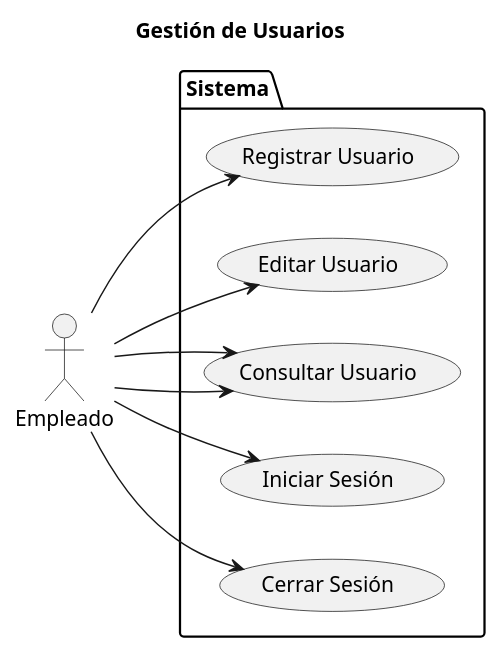
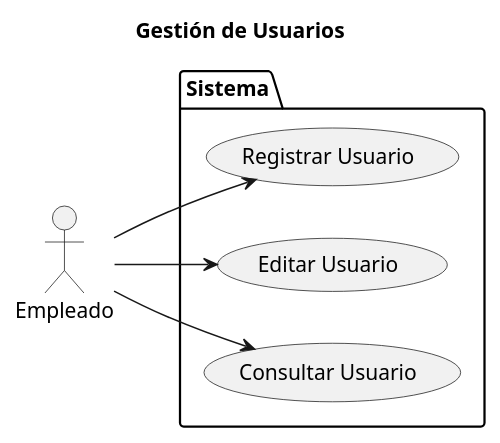
Before and after one commit to marcelolezcanodev/GarageGuru: the diagram in Diagramas/caso_de_uso_Usuario.plantuml, drawn with PlantUML. The commit also changed 5 other files, not shown here.

Commit message:
Modificaciones en la logica de algunos diagramas

```diff
--- a/Diagramas/caso_de_uso_Usuario.plantuml
+++ b/Diagramas/caso_de_uso_Usuario.plantuml
@@ -1,26 +1,25 @@
 @startuml CU_Usuario
 
 left to right direction
 
 title Gestión de Usuarios
 
 actor Empleado as User
 
 package Sistema {
 
     USECASE "Registrar Usuario" as UC_Registrar
     USECASE "Editar Usuario" as UC_Actualizar
     USECASE "Consultar Usuario" as UC_Consultar
-    USECASE "Iniciar Sesión" as UC_IniciarSesion
-    USECASE "Cerrar Sesión" as UC_CerrarSesion
+    'USECASE "Iniciar Sesión" as UC_IniciarSesion
+    'USECASE "Cerrar Sesión" as UC_CerrarSesion
 
 }
 
 User --> UC_Registrar
 User --> UC_Actualizar
 User --> UC_Consultar
-User --> UC_IniciarSesion
-User --> UC_CerrarSesion
-User --> UC_Consultar
+'User --> UC_IniciarSesion
+'User --> UC_CerrarSesion
 
 @enduml
```
